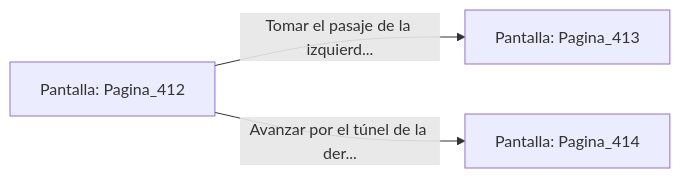
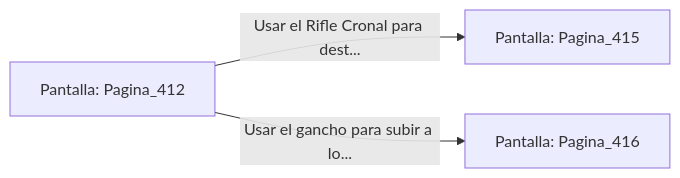
The diagram in sample/eligejuego-vault/Pantalla_Pagina_412.md (metsuke/mpl), drawn with Mermaid before and after one commit. The commit also changed other lines of this file and 635 other files, not shown here.

First line of the commit message:
fix: añadir Pagina_1 como pantalla inicial en capitulo_01.mpl

````diff
--- a/sample/eligejuego-vault/Pantalla_Pagina_412.md
+++ b/sample/eligejuego-vault/Pantalla_Pagina_412.md
@@ -20,6 +22,6 @@
 ```mermaid
 graph LR
     P_Pagina_412["Pantalla: Pagina_412"]
-    P_Pagina_412 -->|"Tomar el pasaje de la izquierd..."| P_Pagina_413["Pantalla: Pagina_413"]
-    P_Pagina_412 -->|"Avanzar por el túnel de la der..."| P_Pagina_414["Pantalla: Pagina_414"]
+    P_Pagina_412 -->|"Usar el Rifle Cronal para dest..."| P_Pagina_415["Pantalla: Pagina_415"]
+    P_Pagina_412 -->|"Usar el gancho para subir a lo..."| P_Pagina_416["Pantalla: Pagina_416"]
 ```
````
